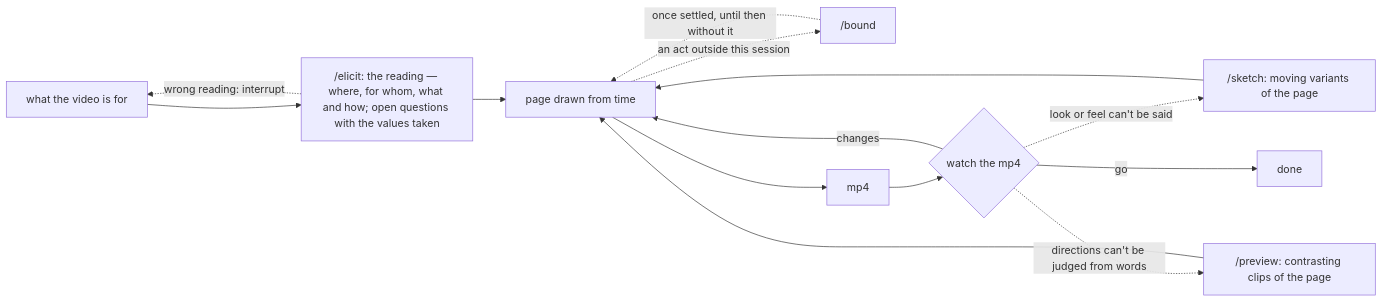
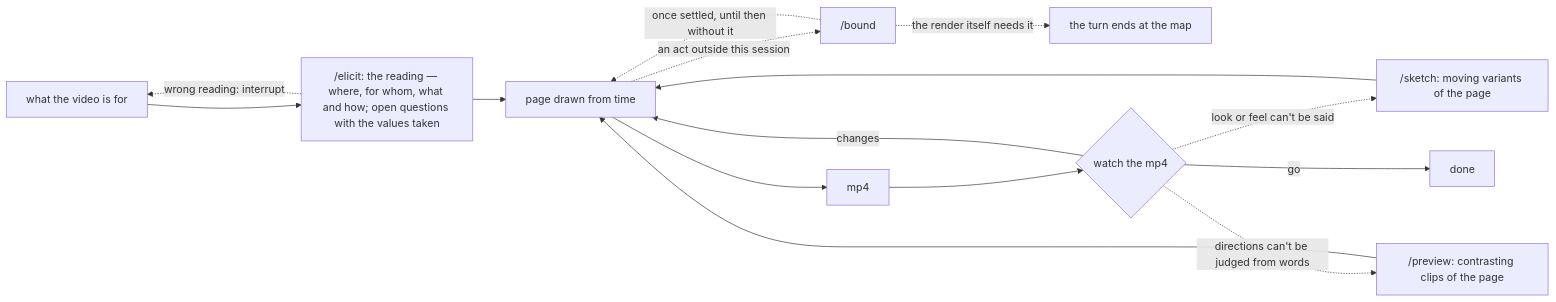
Before and after one commit to jongwony/cc-plugin: the diagram in motion/README.md, drawn with Mermaid. The commit also changed 2 other files, not shown here.

Commit message:
motion: say the /elicit run reads turns beside the build, and draw the turn that ends at the /bound map (0.18.8)
The composition line said the /elicit run "stays open", an open/closed
frame the re-derived contract no longer has and the rest of this change
already dropped. The README flow now draws the branch SKILL.md:57 and
the table carry: where the render itself needs the held act, the turn
ends at the map.

Review-loop round 4 on PR #336 (code-review).

Claude-Session: https://claude.ai/code/session_01K8NVgTLWeeSS8Y9kn5Ps4m

````diff
--- a/motion/README.md
+++ b/motion/README.md
@@ -5,16 +5,17 @@
 ```mermaid
 flowchart LR
   A[what the video is for] --> B["/elicit: the reading — where, for whom, what and how; open questions with the values taken"]
   B -. wrong reading: interrupt .-> A
   B --> P[page drawn from time]
   P -. an act outside this session .-> D["/bound"]
   D -. once settled, until then without it .-> P
+  D -. the render itself needs it .-> T["the turn ends at the map"]
   P --> M[mp4]
   M --> W{watch the mp4}
   W -- changes --> P
   W -. look or feel can't be said .-> S["/sketch: moving variants of the page"]
   W -. directions can't be judged from words .-> V["/preview: contrasting clips of the page"]
   S --> P
   V --> P
   W -- go --> E[done]
 ```
````
